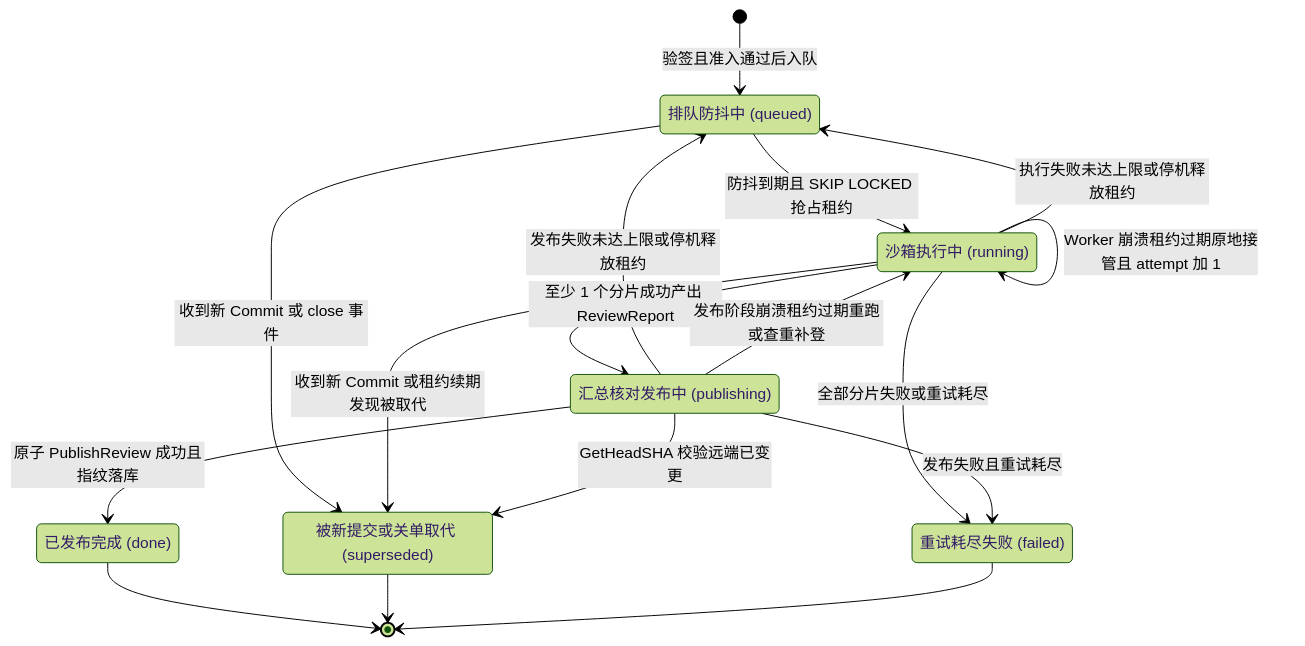
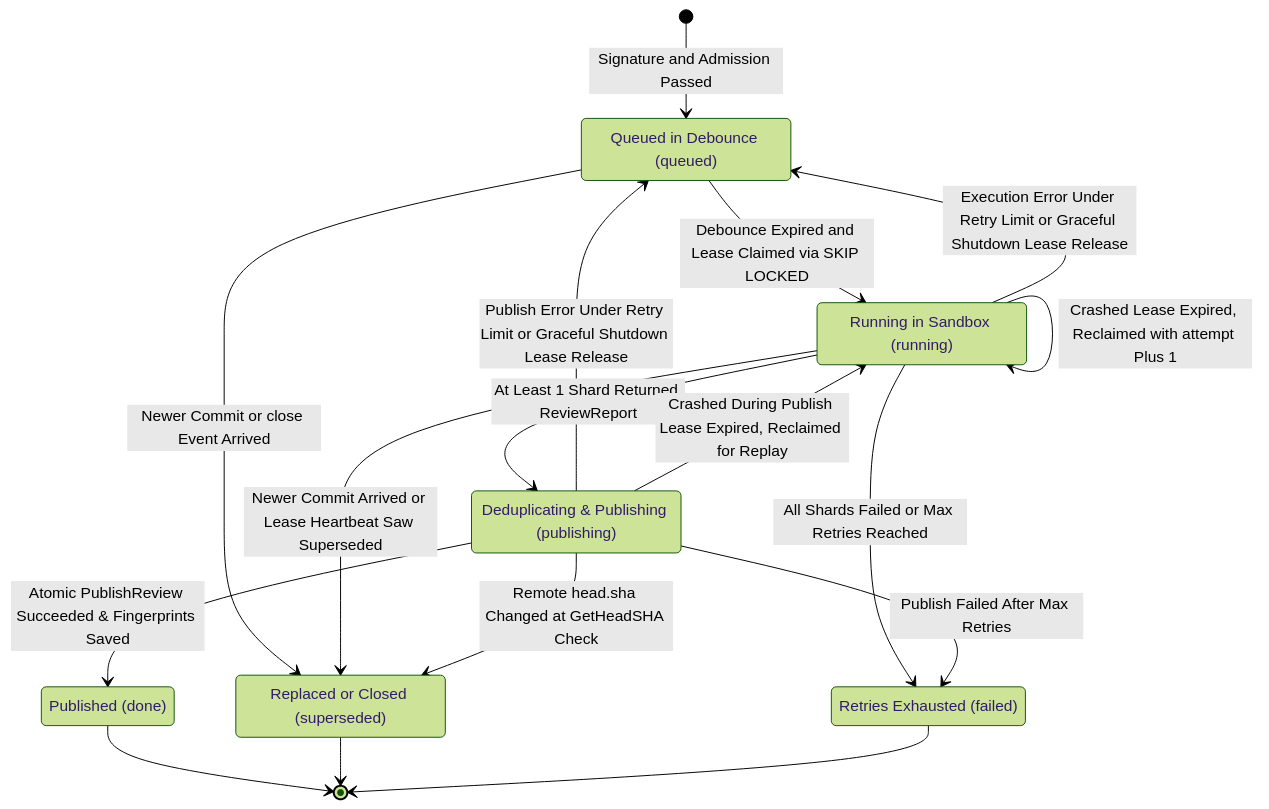
One commit to zetxqx/review-agent-infra changed the second of 6 diagrams in docs/design/implementation-plan.md. Above: the diagram before and after it, drawn with Mermaid (forest theme). The commit also changed other lines of this file and 2 other files, not shown here.

Commit message:
Translate repository documentation, diagrams, and code comments into English.

````diff
--- a/docs/design/implementation-plan.md
+++ b/docs/design/implementation-plan.md
@@ -296,26 +296,26 @@
 ```mermaid
 stateDiagram-v2
-    state "排队防抖中 (queued)" as queued
-    state "沙箱执行中 (running)" as running
-    state "汇总核对发布中 (publishing)" as publishing
-    state "已发布完成 (done)" as done
-    state "被新提交或关单取代 (superseded)" as superseded
-    state "重试耗尽失败 (failed)" as failed
+    state "Queued in Debounce (queued)" as queued
+    state "Running in Sandbox (running)" as running
+    state "Deduplicating & Publishing (publishing)" as publishing
+    state "Published (done)" as done
+    state "Replaced or Closed (superseded)" as superseded
+    state "Retries Exhausted (failed)" as failed
 
-    [*] --> queued : 验签且准入通过后入队
-    queued --> running : 防抖到期且 SKIP LOCKED 抢占租约
-    queued --> superseded : 收到新 Commit 或 close 事件
-    running --> publishing : 至少 1 个分片成功产出 ReviewReport
-    running --> queued : 执行失败未达上限或停机释放租约
-    running --> running : Worker 崩溃租约过期原地接管且 attempt 加 1
-    running --> superseded : 收到新 Commit 或租约续期发现被取代
-    running --> failed : 全部分片失败或重试耗尽
-    publishing --> queued : 发布失败未达上限或停机释放租约
-    publishing --> running : 发布阶段崩溃租约过期重跑或查重补登
-    publishing --> superseded : GetHeadSHA 校验远端已变更
-    publishing --> done : 原子 PublishReview 成功且指纹落库
-    publishing --> failed : 发布失败且重试耗尽
+    [*] --> queued : Signature and Admission Passed
+    queued --> running : Debounce Expired and Lease Claimed via SKIP LOCKED
+    queued --> superseded : Newer Commit or close Event Arrived
+    running --> publishing : At Least 1 Shard Returned ReviewReport
+    running --> queued : Execution Error Under Retry Limit or Graceful Shutdown Lease Release
+    running --> running : Crashed Lease Expired, Reclaimed with attempt Plus 1
+    running --> superseded : Newer Commit Arrived or Lease Heartbeat Saw Superseded
+    running --> failed : All Shards Failed or Max Retries Reached
+    publishing --> queued : Publish Error Under Retry Limit or Graceful Shutdown Lease Release
+    publishing --> running : Crashed During Publish Lease Expired, Reclaimed for Replay
+    publishing --> superseded : Remote head.sha Changed at GetHeadSHA Check
+    publishing --> done : Atomic PublishReview Succeeded & Fingerprints Saved
+    publishing --> failed : Publish Failed After Max Retries
     done --> [*]
     superseded --> [*]
     failed --> [*]
 ```
````
